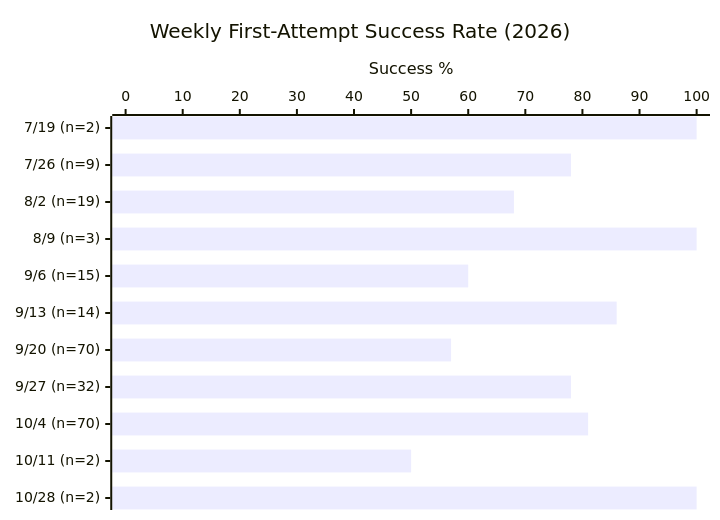
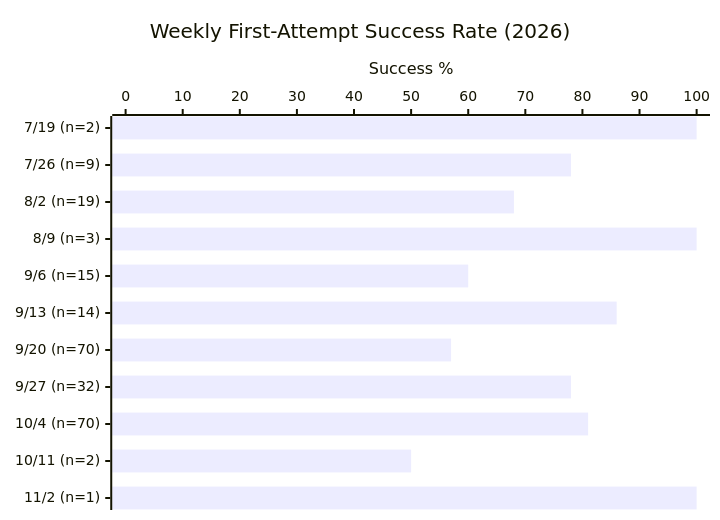
The first of 3 diagrams in EVAL.md (Sanctum-Origo-Systems/autoloop), drawn with Mermaid before and after one commit. The commit also changed other lines of this file and 1 other file, not shown here.

````diff
--- a/EVAL.md
+++ b/EVAL.md
@@ -86,7 +17,7 @@
 ```mermaid
 xychart-beta horizontal
     title "Weekly First-Attempt Success Rate (2026)"
-    x-axis ["7/19 (n=2)", "7/26 (n=9)", "8/2 (n=19)", "8/9 (n=3)", "9/6 (n=15)", "9/13 (n=14)", "9/20 (n=70)", "9/27 (n=32)", "10/4 (n=70)", "10/11 (n=2)", "10/28 (n=2)"]
+    x-axis ["7/19 (n=2)", "7/26 (n=9)", "8/2 (n=19)", "8/9 (n=3)", "9/6 (n=15)", "9/13 (n=14)", "9/20 (n=70)", "9/27 (n=32)", "10/4 (n=70)", "10/11 (n=2)", "11/2 (n=1)"]
     y-axis "Success %" 0 --> 100
     bar [100, 78, 68, 100, 60, 86, 57, 78, 81, 50, 100]
 ```
````
